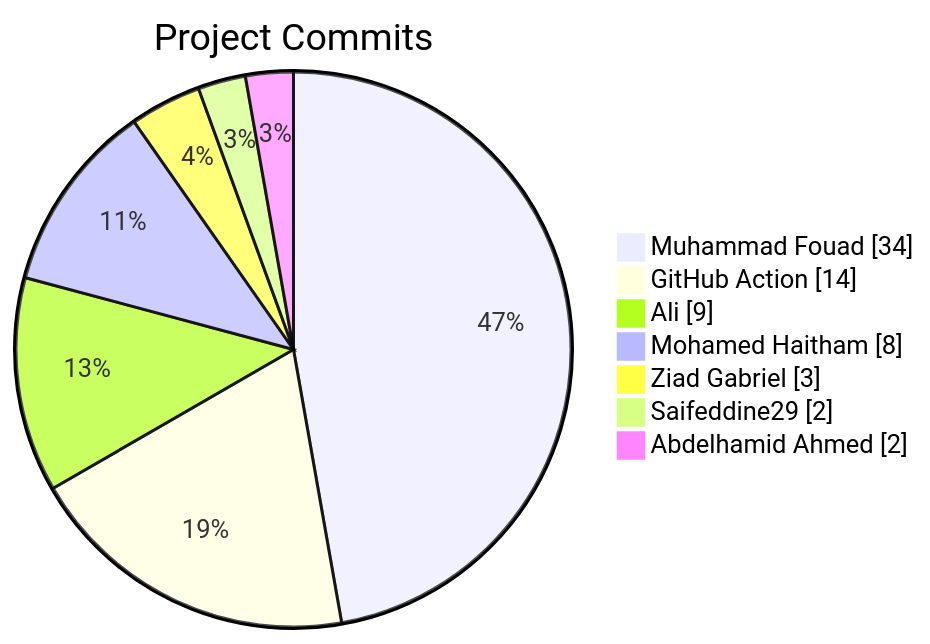
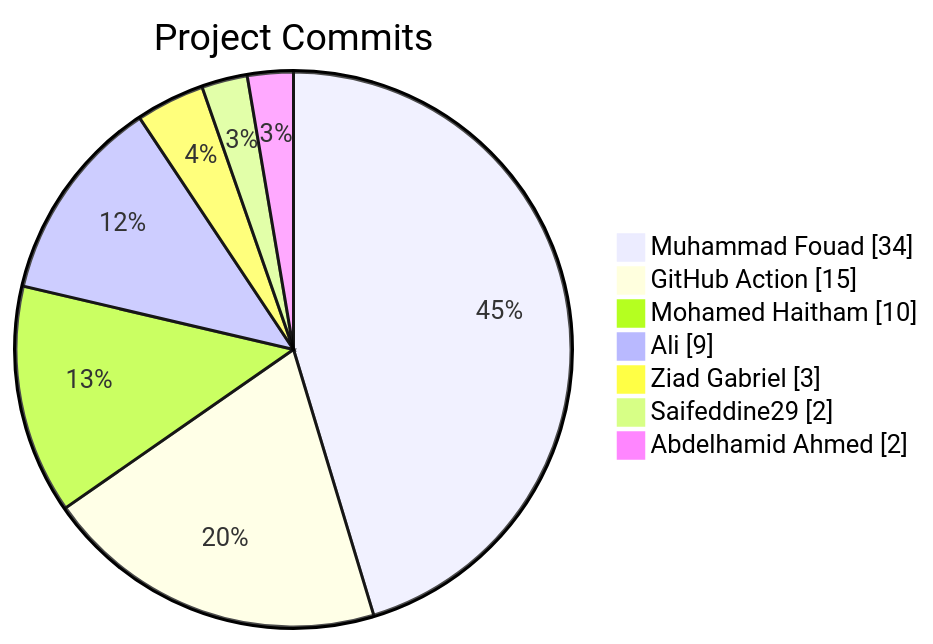
The diagram in README.md (Abdelhamid-El-rashidy/Library_System), drawn with Mermaid before and after one commit.

Commit message:
docs: update contributor stats [skip ci]

````diff
--- a/README.md
+++ b/README.md
@@ -11,11 +11,11 @@
 ```mermaid
 pie showData
     title Project Commits
     "Muhammad Fouad" : 34
-    "GitHub Action" : 14
+    "GitHub Action" : 15
+    "Mohamed Haitham" : 10
     "Ali" : 9
-    "Mohamed Haitham" : 8
     "Ziad Gabriel" : 3
     "Saifeddine29" : 2
     "Abdelhamid Ahmed" : 2
 ```
````
